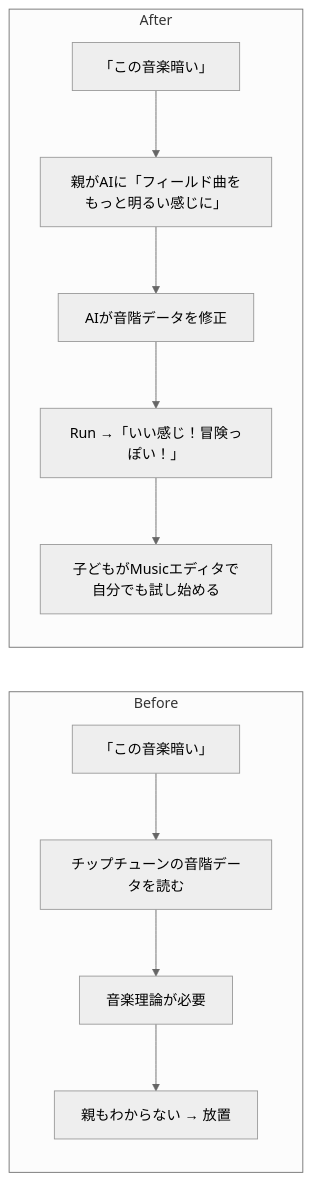
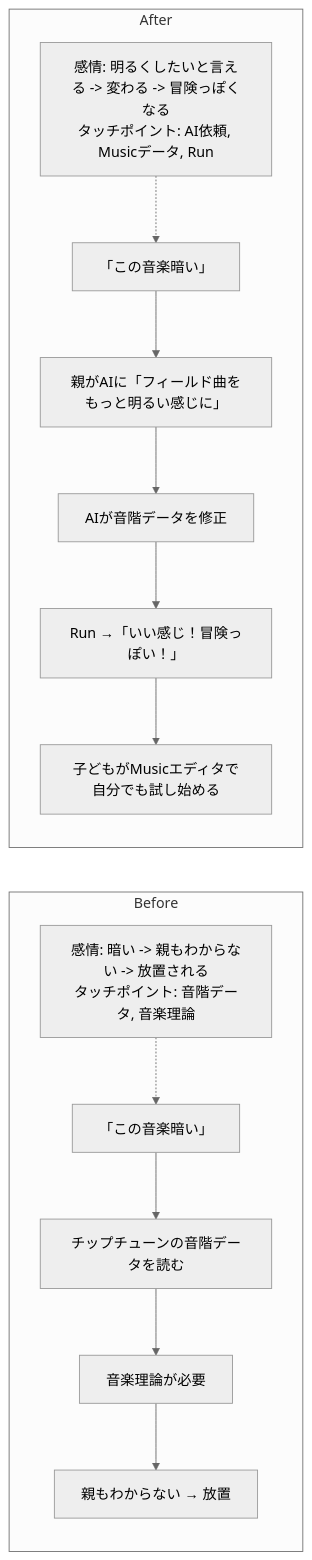
Before and after one commit to tatsuro-ueda/code-quest-pyxel: diagram 13 of 42 in docs/product-requirements/customer-journeys.md, drawn with Mermaid (neutral theme). The commit also changed other lines of this file and 23 other files, not shown here.

````diff
--- a/docs/product-requirements/customer-journeys.md
+++ b/docs/product-requirements/customer-journeys.md
@@ -254,14 +304,18 @@
 ```mermaid
 flowchart LR
     subgraph Before["Before"]
+        BM["感情: 暗い -> 親もわからない -> 放置される<br/>タッチポイント: 音階データ, 音楽理論"]
+        BM -.-> B1
         B1[「この音楽暗い」] --> B2[チップチューンの音階データを読む]
         B2 --> B3[音楽理論が必要]
         B3 --> B4[親もわからない → 放置]
     end
     subgraph After["After"]
+        AM["感情: 明るくしたいと言える -> 変わる -> 冒険っぽくなる<br/>タッチポイント: AI依頼, Musicデータ, Run"]
+        AM -.-> A1
         A1[「この音楽暗い」] --> A2[親がAIに「フィールド曲をもっと明るい感じに」]
         A2 --> A3[AIが音階データを修正]
         A3 --> A4[Run →「いい感じ！冒険っぽい！」]
         A4 --> A5[子どもがMusicエディタで自分でも試し始める]
     end
 ```
````
